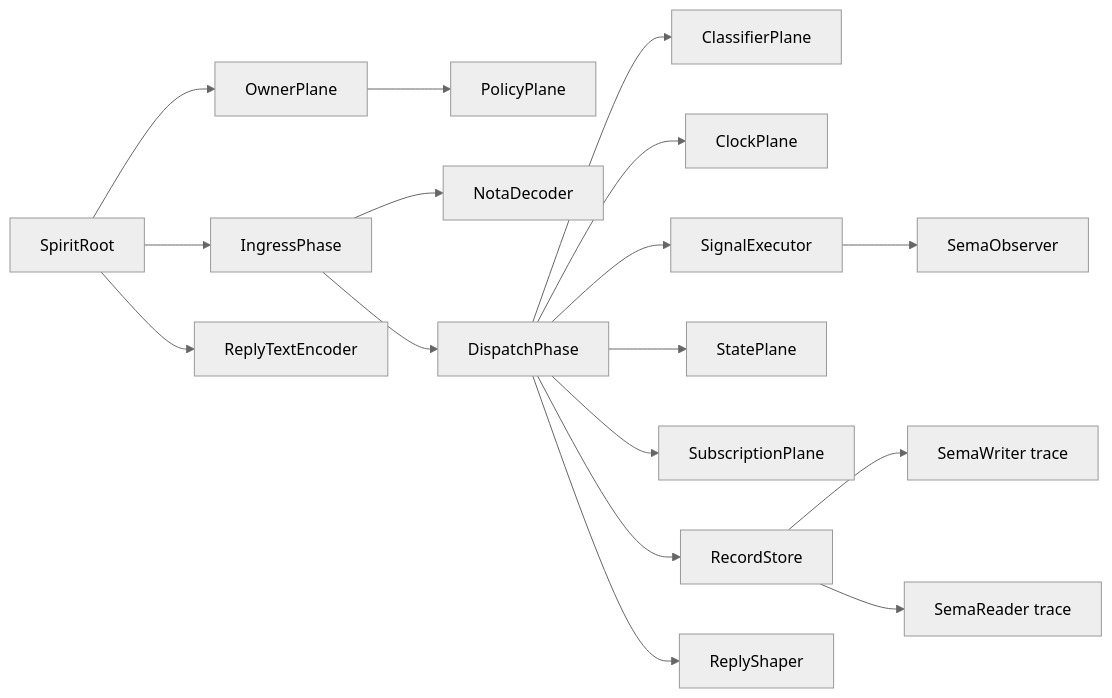
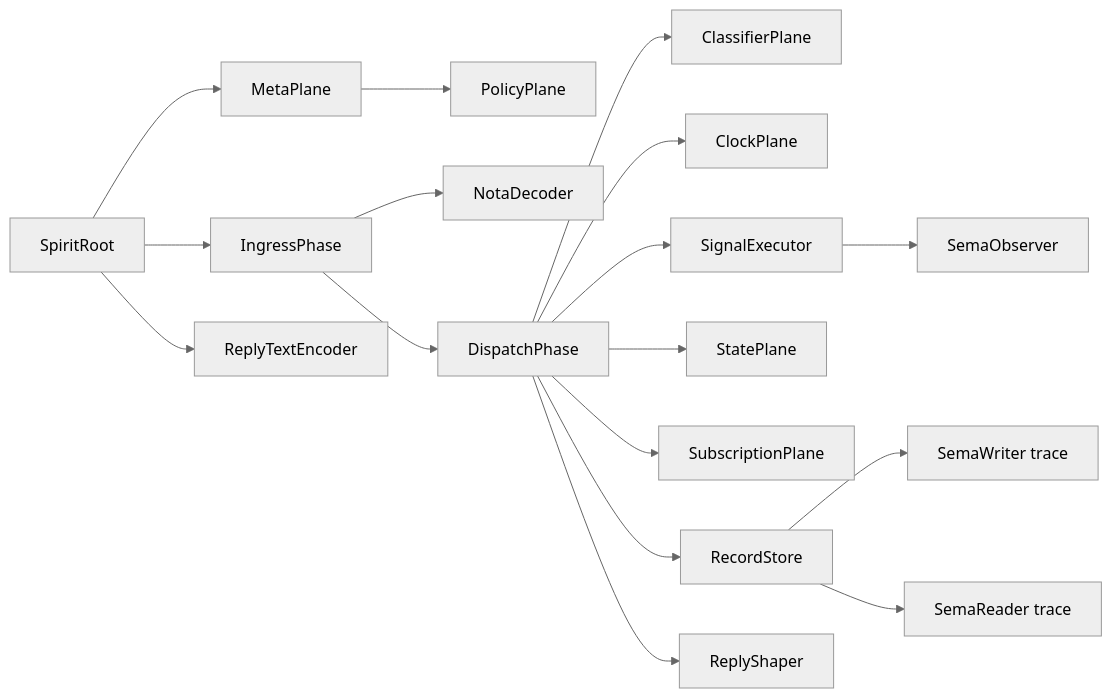
The second of 4 diagrams in ARCHITECTURE.md (LiGoldragon/persona-spirit), drawn with Mermaid (neutral theme) before and after one commit. The commit also changed other lines of this file and 32 other files, not shown here.

````diff
--- a/ARCHITECTURE.md
+++ b/ARCHITECTURE.md
@@ -116,37 +116,37 @@
 ```mermaid
 flowchart LR
     root["SpiritRoot"]
-    owner["OwnerPlane"]
+    meta["MetaPlane"]
     policy["PolicyPlane"]
     ingress["IngressPhase"]
     decoder["NotaDecoder"]
     classifier["ClassifierPlane"]
     clock["ClockPlane"]
     dispatch["DispatchPhase"]
     executor["SignalExecutor"]
     observer["SemaObserver"]
     state["StatePlane"]
     subscription["SubscriptionPlane"]
     store["RecordStore"]
     shaper["ReplyShaper"]
     encoder["ReplyTextEncoder"]
     writer["SemaWriter trace"]
     reader["SemaReader trace"]
 
-    root --> owner
-    owner --> policy
+    root --> meta
+    meta --> policy
     root --> ingress
     ingress --> decoder
     ingress --> dispatch
     dispatch --> classifier
     dispatch --> clock
     dispatch --> executor
     executor --> observer
     dispatch --> state
     dispatch --> subscription
     dispatch --> store
     dispatch --> shaper
     store --> writer
     store --> reader
     root --> encoder
 ```
````
